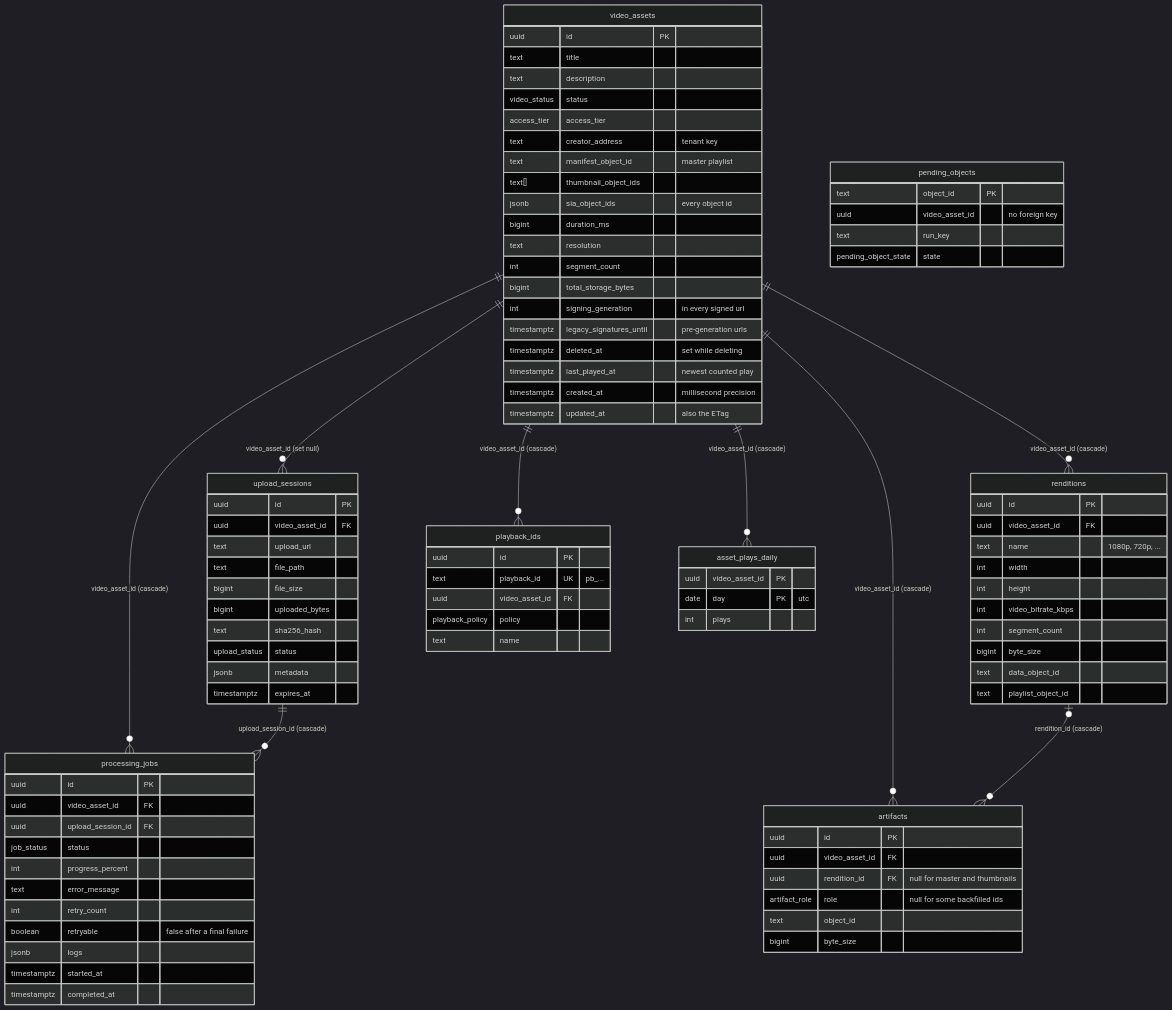
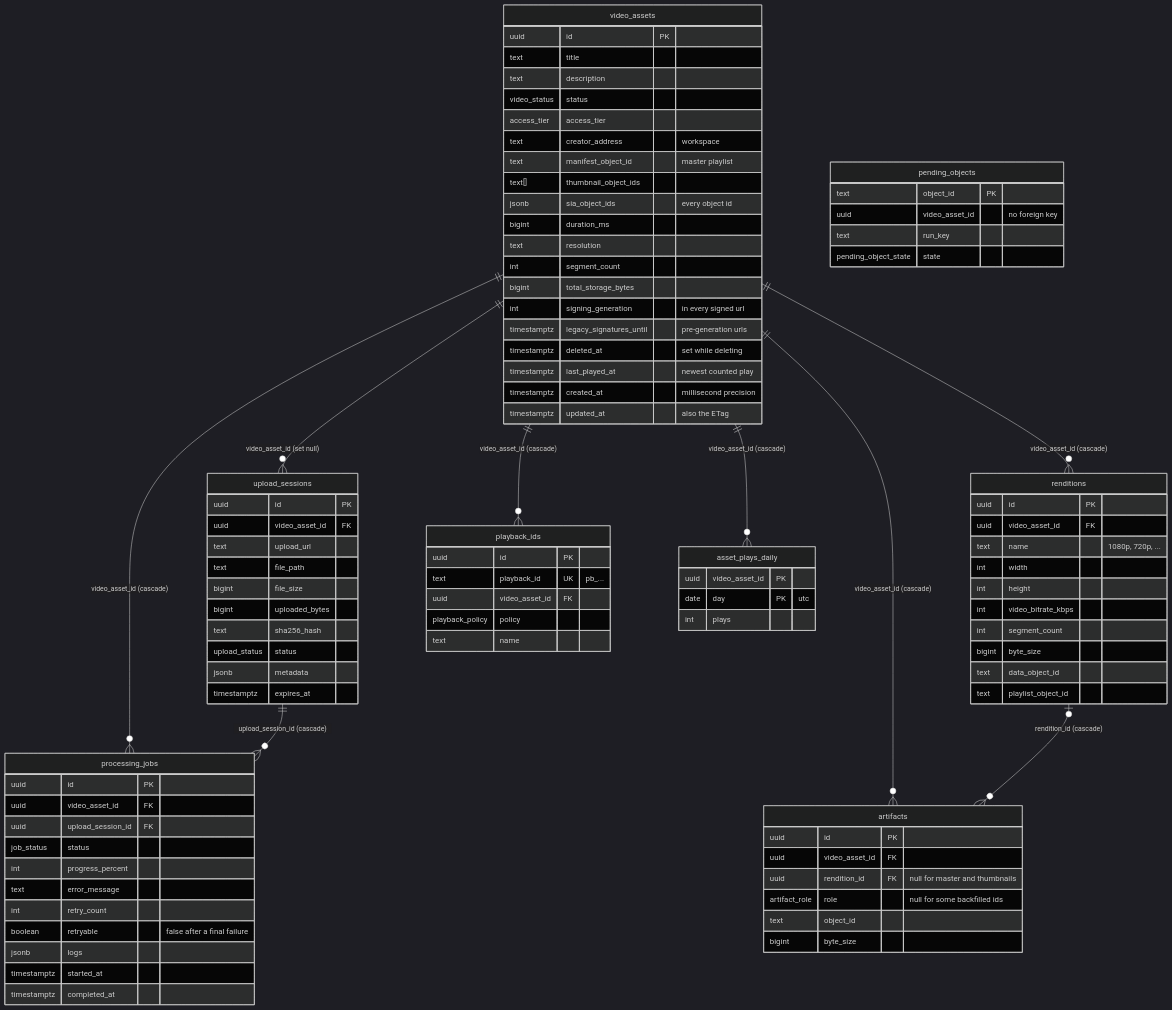
The first of 4 diagrams in docs/architecture/data-model.md (justmert/Sluby), drawn with Mermaid (dark theme) before and after one commit. The commit also changed other lines of this file and 29 other files, not shown here.

```diff
--- a/docs/architecture/data-model.md
+++ b/docs/architecture/data-model.md
@@ -26,7 +26,7 @@
     text description
     video_status status
     access_tier access_tier
-    text creator_address "tenant key"
+    text creator_address "workspace"
     text manifest_object_id "master playlist"
     text[] thumbnail_object_ids
     jsonb sia_object_ids "every object id"
```
